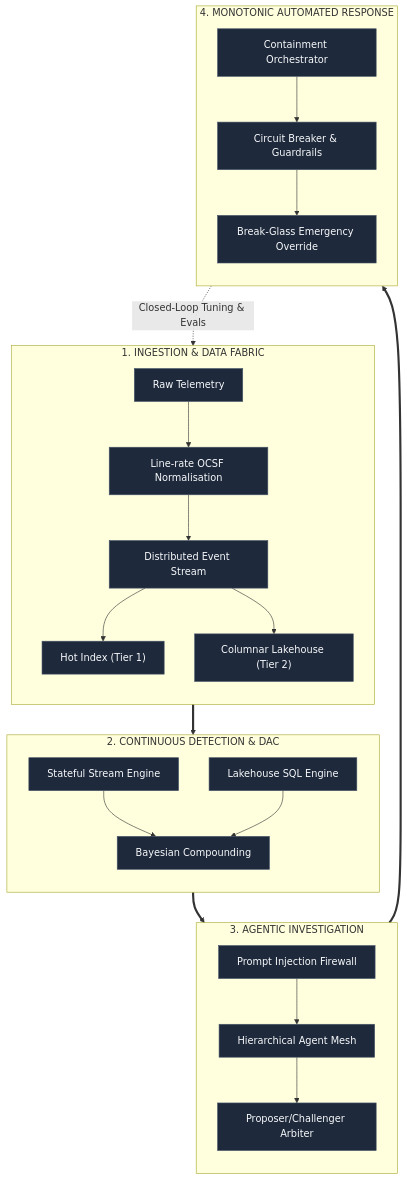
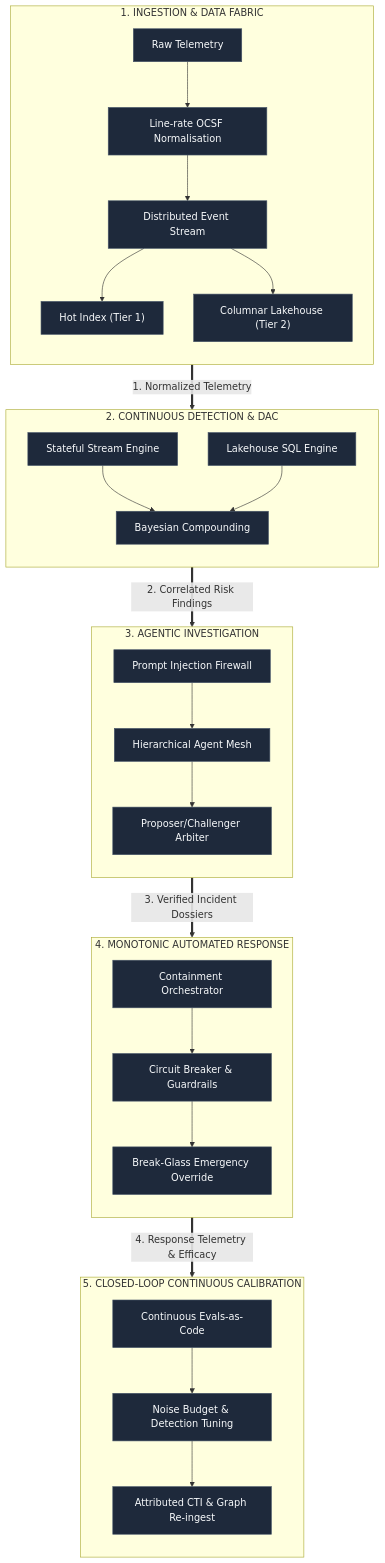
One commit to Haribu/TIDIR changed the diagram in docs/index.md. Above: the diagram before and after it, drawn with Mermaid.

Commit message:
fix(docs): resolve mermaid subgraph ranking layout in core architectural paradigms

````diff
--- a/docs/index.md
+++ b/docs/index.md
@@ -64,42 +64,52 @@
 ```mermaid
 flowchart TB
     subgraph S1["1. INGESTION & DATA FABRIC"]
         direction TB
         RAW["Raw Telemetry"] --> NORM["Line-rate OCSF Normalisation"]
         NORM --> BUS["Distributed Event Stream"]
         BUS --> HOT["Hot Index (Tier 1)"]
         BUS --> LAKE["Columnar Lakehouse (Tier 2)"]
     end
 
     subgraph S2["2. CONTINUOUS DETECTION & DAC"]
         direction TB
         STREAM_DET["Stateful Stream Engine"]
         BATCH_DET["Lakehouse SQL Engine"]
         BAYES["Bayesian Compounding"]
         STREAM_DET --> BAYES
         BATCH_DET --> BAYES
     end
 
     subgraph S3["3. AGENTIC INVESTIGATION"]
         direction TB
         FW["Prompt Injection Firewall"]
         MESH["Hierarchical Agent Mesh"]
         ARB["Proposer/Challenger Arbiter"]
         FW --> MESH --> ARB
     end
 
     subgraph S4["4. MONOTONIC AUTOMATED RESPONSE"]
         direction TB
         RESP["Containment Orchestrator"]
         CIRCUIT["Circuit Breaker & Guardrails"]
         BG["Break-Glass Emergency Override"]
         RESP --> CIRCUIT --> BG
     end
 
-    S1 ==> S2 ==> S3 ==> S4
-    S4 -.->|"Closed-Loop Tuning & Evals"| S1
+    subgraph S5["5. CLOSED-LOOP CONTINUOUS CALIBRATION"]
+        direction TB
+        EVALS["Continuous Evals-as-Code"]
+        TUNING["Noise Budget & Detection Tuning"]
+        FEEDBACK["Attributed CTI & Graph Re-ingest"]
+        EVALS --> TUNING --> FEEDBACK
+    end
+
+    S1 ==>|1. Normalized Telemetry| S2
+    S2 ==>|2. Correlated Risk Findings| S3
+    S3 ==>|3. Verified Incident Dossiers| S4
+    S4 ==>|4. Response Telemetry & Efficacy| S5
 
     classDef default fill:#1e293b,stroke:#475569,stroke-width:1px,color:#f8fafc;
     classDef highlight fill:#0f766e,stroke:#14b8a6,stroke-width:1.5px,color:#ffffff;
-    class RAW,NORM,BUS,HOT,LAKE,STREAM_DET,BATCH_DET,BAYES,FW,MESH,ARB,RESP,CIRCUIT,BG default;
+    class RAW,NORM,BUS,HOT,LAKE,STREAM_DET,BATCH_DET,BAYES,FW,MESH,ARB,RESP,CIRCUIT,BG,EVALS,TUNING,FEEDBACK default;
 ```
````
